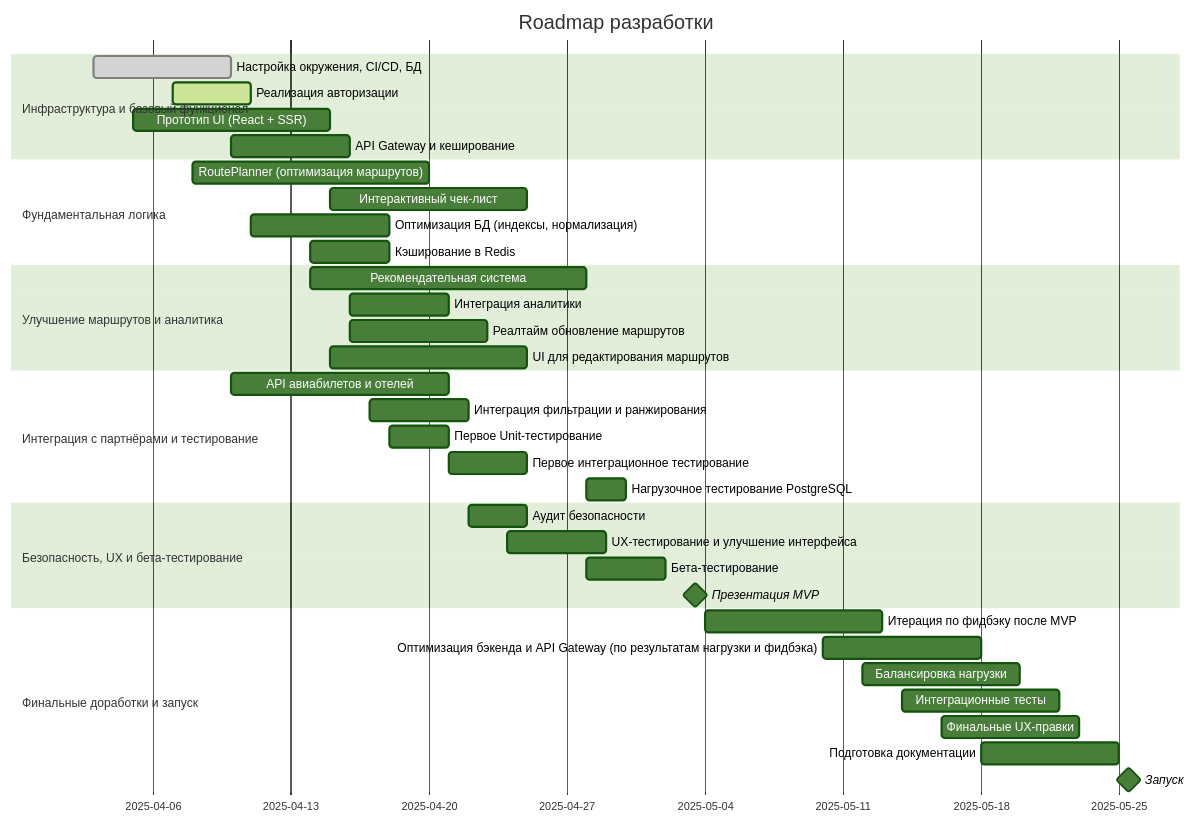
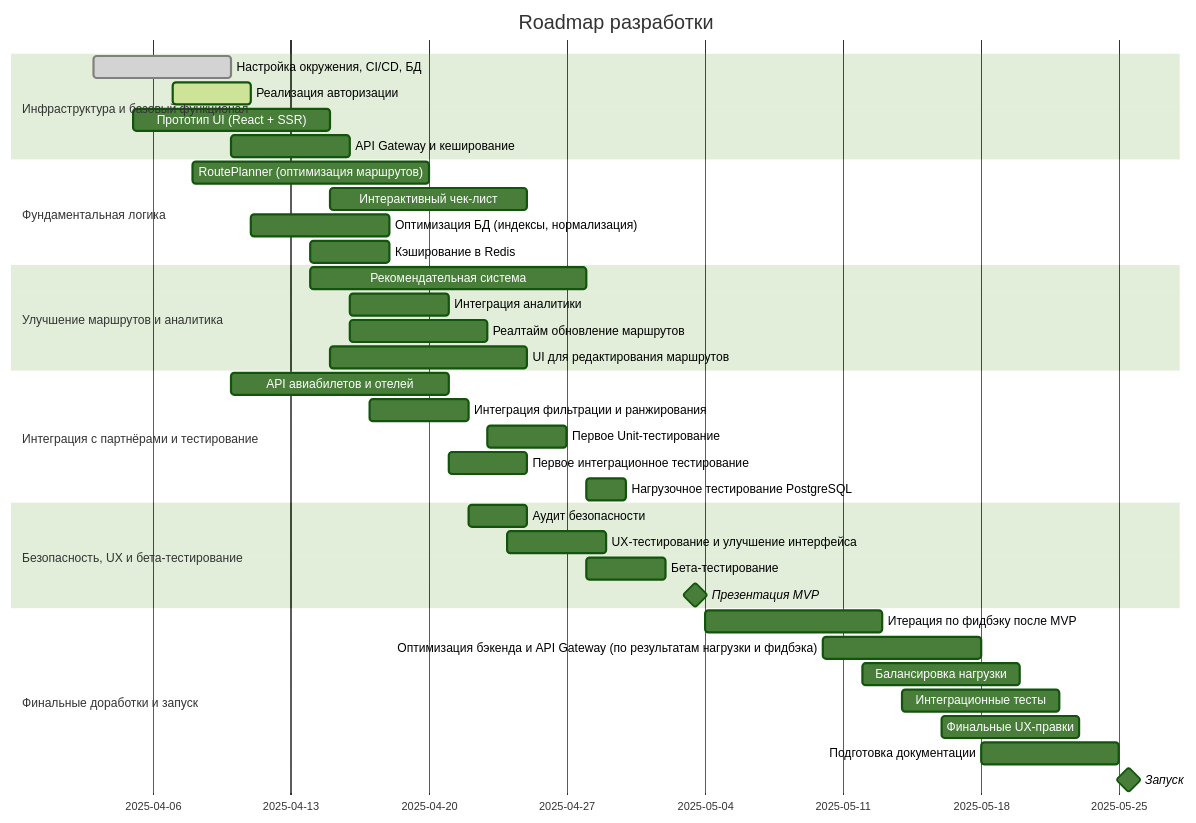
One commit to kayukovzakhar/TRPO_Travel_Planning_Service changed the diagram in Документация/Разработка материалы/Roadmap разработки.md. Above: the diagram before and after it, drawn with Mermaid (forest theme).

Commit message:
Update Roadmap разработки.md

````diff
--- a/Документация/Разработка материалы/Roadmap разработки.md
+++ b/Документация/Разработка материалы/Roadmap разработки.md
@@ -4,44 +4,44 @@
 ```mermaid
 gantt
     title Roadmap разработки
     dateFormat  YYYY-MM-DD
     section Инфраструктура и базовый функционал
     Настройка окружения, CI/CD, БД        :done, 2025-04-03, 2025-04-10
     Реализация авторизации                :active, 2025-04-07, 2025-04-11
     Прототип UI (React + SSR)             :2025-04-05, 2025-04-15
     API Gateway и кеширование             :2025-04-10, 2025-04-16
 
     section Фундаментальная логика
     RoutePlanner (оптимизация маршрутов)  :2025-04-08, 2025-04-20
     Интерактивный чек-лист                :2025-04-15, 2025-04-25
     Оптимизация БД (индексы, нормализация):2025-04-11, 2025-04-18
     Кэширование в Redis                   :2025-04-14, 2025-04-18
 
     section Улучшение маршрутов и аналитика
     Рекомендательная система              :2025-04-14, 2025-04-28
     Интеграция аналитики                  :2025-04-16, 2025-04-21
     Реалтайм обновление маршрутов         :2025-04-16, 2025-04-23
     UI для редактирования маршрутов       :2025-04-15, 2025-04-25
 
     section Интеграция с партнёрами и тестирование
     API авиабилетов и отелей              :2025-04-10, 2025-04-21
     Интеграция фильтрации и ранжирования  :2025-04-17, 2025-04-22
-    Первое Unit-тестирование              :2025-04-18, 2025-04-21
+    Первое Unit-тестирование              :2025-04-23, 2025-04-27
     Первое интеграционное тестирование    :2025-04-21, 2025-04-25
     Нагрузочное тестирование PostgreSQL   :2025-04-28, 2025-04-30
 
     section Безопасность, UX и бета-тестирование
     Аудит безопасности                    :2025-04-22, 2025-04-25
     UX-тестирование и улучшение интерфейса:2025-04-24, 2025-04-29
     Бета-тестирование                     :2025-04-28, 2025-05-02
     Презентация MVP                       :milestone, 2025-05-03, 1d
 
     section Финальные доработки и запуск
     Итерация по фидбэку после MVP         :2025-05-04, 2025-05-13
     Оптимизация бэкенда и API Gateway (по результатам нагрузки и фидбэка):2025-05-10, 2025-05-18
     Балансировка нагрузки                 :2025-05-12, 2025-05-20
     Интеграционные тесты                  :2025-05-14, 2025-05-22
     Финальные UX-правки                   :2025-05-16, 2025-05-23
     Подготовка документации               :2025-05-18, 2025-05-25
     Запуск                             :milestone, 2025-05-25, 1d
 ```
````
